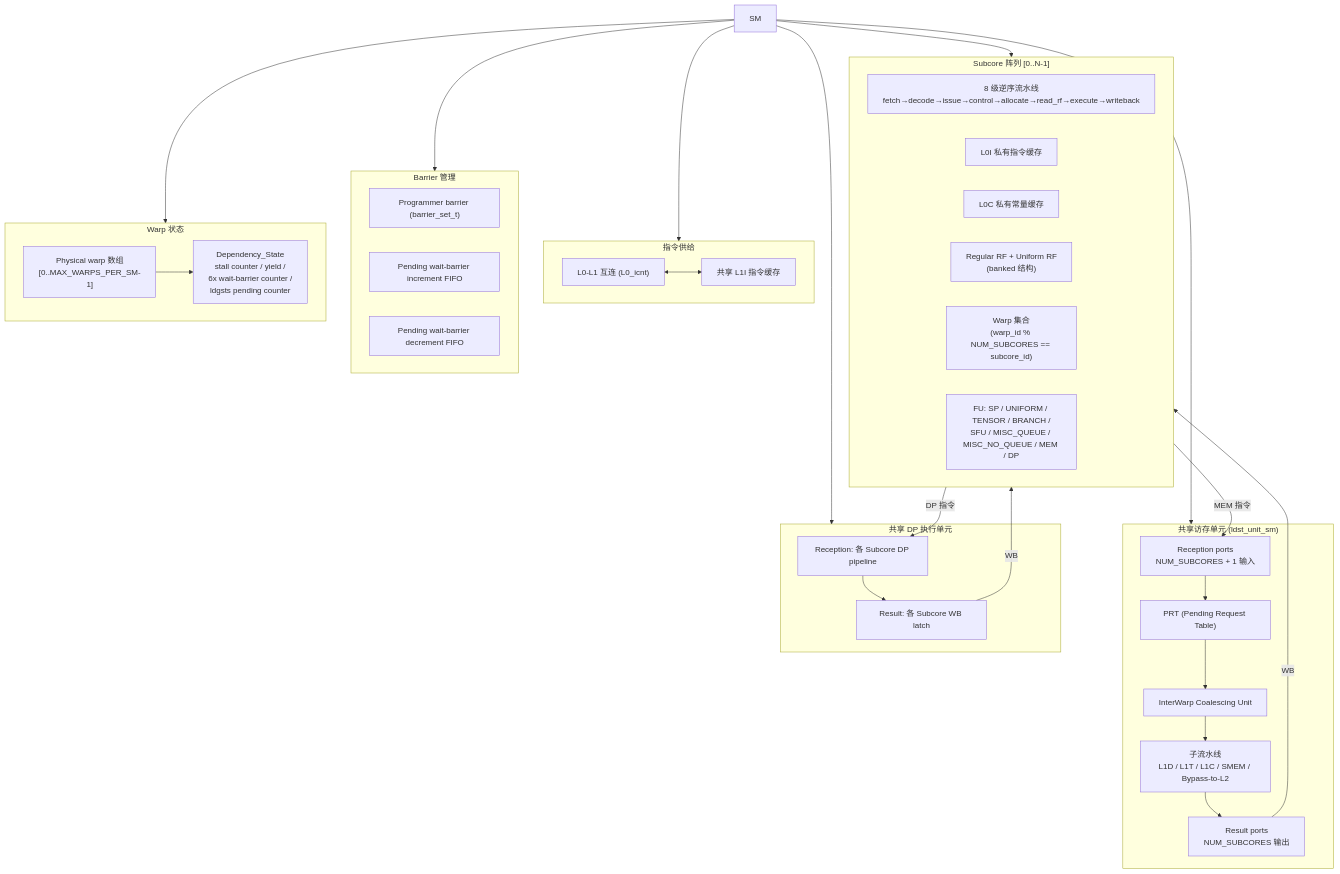
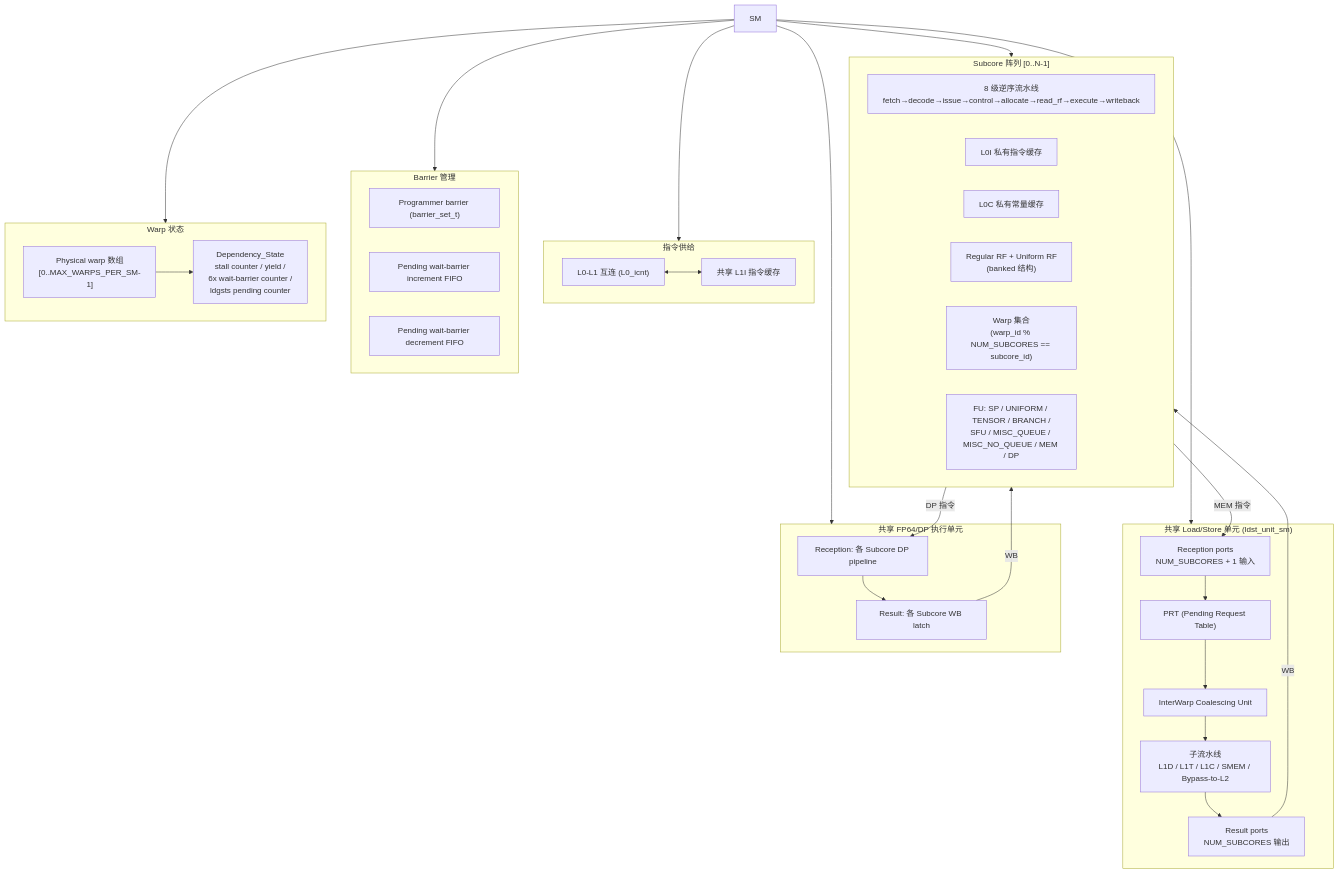
One commit to dzwduan/modern-gpu-simulator-micro-2025 changed the third of 8 diagrams in docs/detailed-design/02-SM顶层设计.md. Above: the diagram before and after it, drawn with Mermaid. The commit also changed other lines of this file and 3 other files, not shown here.

````diff
--- a/docs/detailed-design/02-SM顶层设计.md
+++ b/docs/detailed-design/02-SM顶层设计.md
@@ -308,57 +311,57 @@
 ```mermaid
 flowchart TB
     SM["SM"]
 
     subgraph SUBARR["Subcore 阵列 [0..N-1]"]
         PIPE["8 级逆序流水线\nfetch→decode→issue→control→allocate→read_rf→execute→writeback"]
         L0I["L0I 私有指令缓存"]
         L0C["L0C 私有常量缓存"]
         RF["Regular RF + Uniform RF\n(banked 结构)"]
         WARPS["Warp 集合\n(warp_id % NUM_SUBCORES == subcore_id)"]
         FUS["FU: SP / UNIFORM / TENSOR / BRANCH /\nSFU / MISC_QUEUE / MISC_NO_QUEUE / MEM / DP"]
     end
 
-    subgraph LDSTU["共享访存单元 (ldst_unit_sm)"]
+    subgraph LDSTU["共享 Load/Store 单元 (ldst_unit_sm)"]
         REC["Reception ports\nNUM_SUBCORES + 1 输入"]
         PRT["PRT (Pending Request Table)"]
         IWC["InterWarp Coalescing Unit"]
         SUBPIPE["子流水线\nL1D / L1T / L1C / SMEM / Bypass-to-L2"]
         RES["Result ports\nNUM_SUBCORES 输出"]
     end
 
-    subgraph DPU["共享 DP 执行单元"]
+    subgraph DPU["共享 FP64/DP 执行单元"]
         DPREC["Reception: 各 Subcore DP pipeline"]
         DPRES["Result: 各 Subcore WB latch"]
     end
 
     subgraph IFETCH["指令供给"]
         L0ICN2["L0-L1 互连 (L0_icnt)"]
         L1IC["共享 L1I 指令缓存"]
     end
 
     subgraph BARM["Barrier 管理"]
         PROGB["Programmer barrier (barrier_set_t)"]
         INCF["Pending wait-barrier increment FIFO"]
         DECF["Pending wait-barrier decrement FIFO"]
     end
 
     subgraph WSTATE["Warp 状态"]
         PHYW["Physical warp 数组\n[0..MAX_WARPS_PER_SM-1]"]
         DEP["Dependency_State\nstall counter / yield /\n6x wait-barrier counter /\nldgsts pending counter"]
     end
 
     SM --> SUBARR
     SM --> LDSTU
     SM --> DPU
     SM --> IFETCH
     SM --> BARM
     SM --> WSTATE
 
     SUBARR -->|"MEM 指令"| REC
     REC --> PRT --> IWC --> SUBPIPE --> RES
     RES -->|"WB"| SUBARR
 
     SUBARR -->|"DP 指令"| DPREC --> DPRES -->|"WB"| SUBARR
     L0ICN2 <--> L1IC
     PHYW --> DEP
 ```
````
